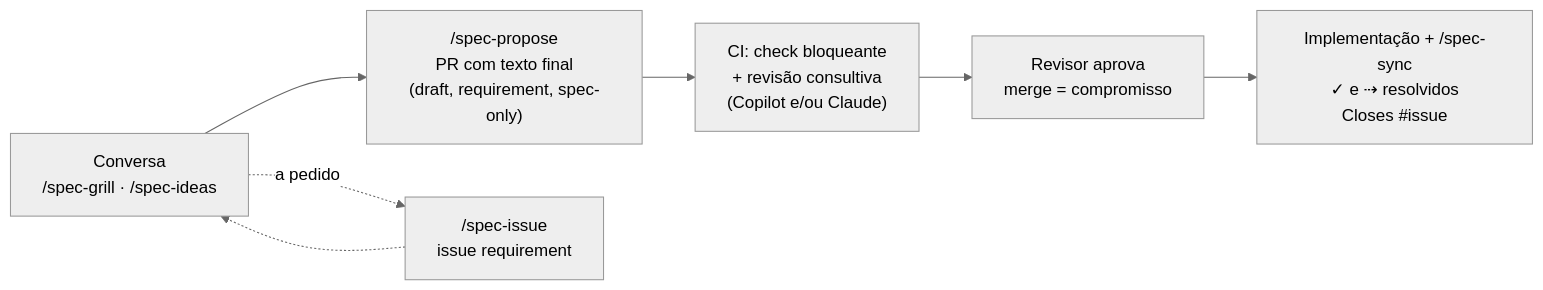
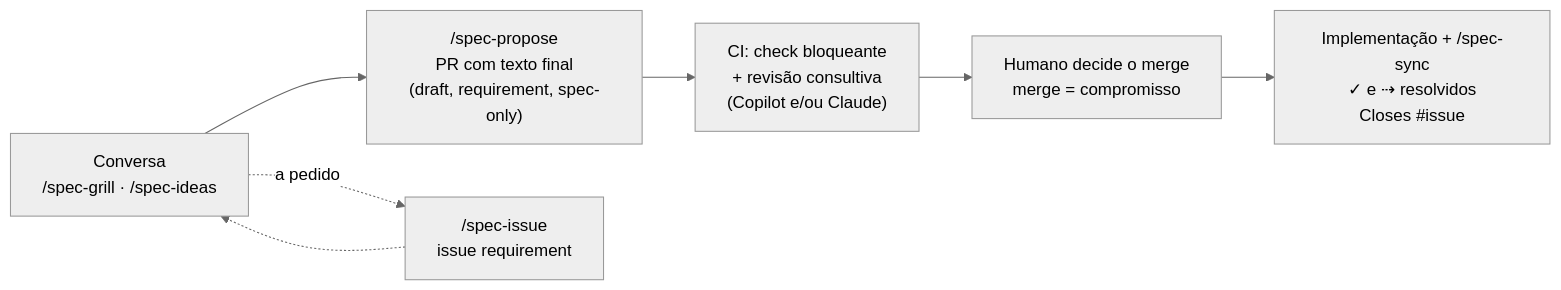
The diagram in README.md (useful-toys/Tabularium), drawn with Mermaid (neutral theme) before and after one commit. The commit also changed other lines of this file and 10 other files, not shown here.

First line of the commit message:
Entrega: aceitação pelo merge humano, sem aprovação formal (#10) (#11)

````diff
--- a/README.md
+++ b/README.md
@@ -11,9 +11,9 @@
 ```mermaid
 flowchart LR
   G["Conversa<br/>/spec-grill · /spec-ideas"] --> P["/spec-propose<br/>PR com texto final<br/>(draft, requirement, spec-only)"]
   G -.->|a pedido| I["/spec-issue<br/>issue requirement"]
   I -.-> G
   P --> R["CI: check bloqueante<br/>+ revisão consultiva<br/>(Copilot e/ou Claude)"]
-  R --> A["Revisor aprova<br/>merge = compromisso"]
+  R --> A["Humano decide o merge<br/>merge = compromisso"]
   A --> C["Implementação + /spec-sync<br/>✓ e ⇢ resolvidos<br/>Closes #issue"]
 ```
````
